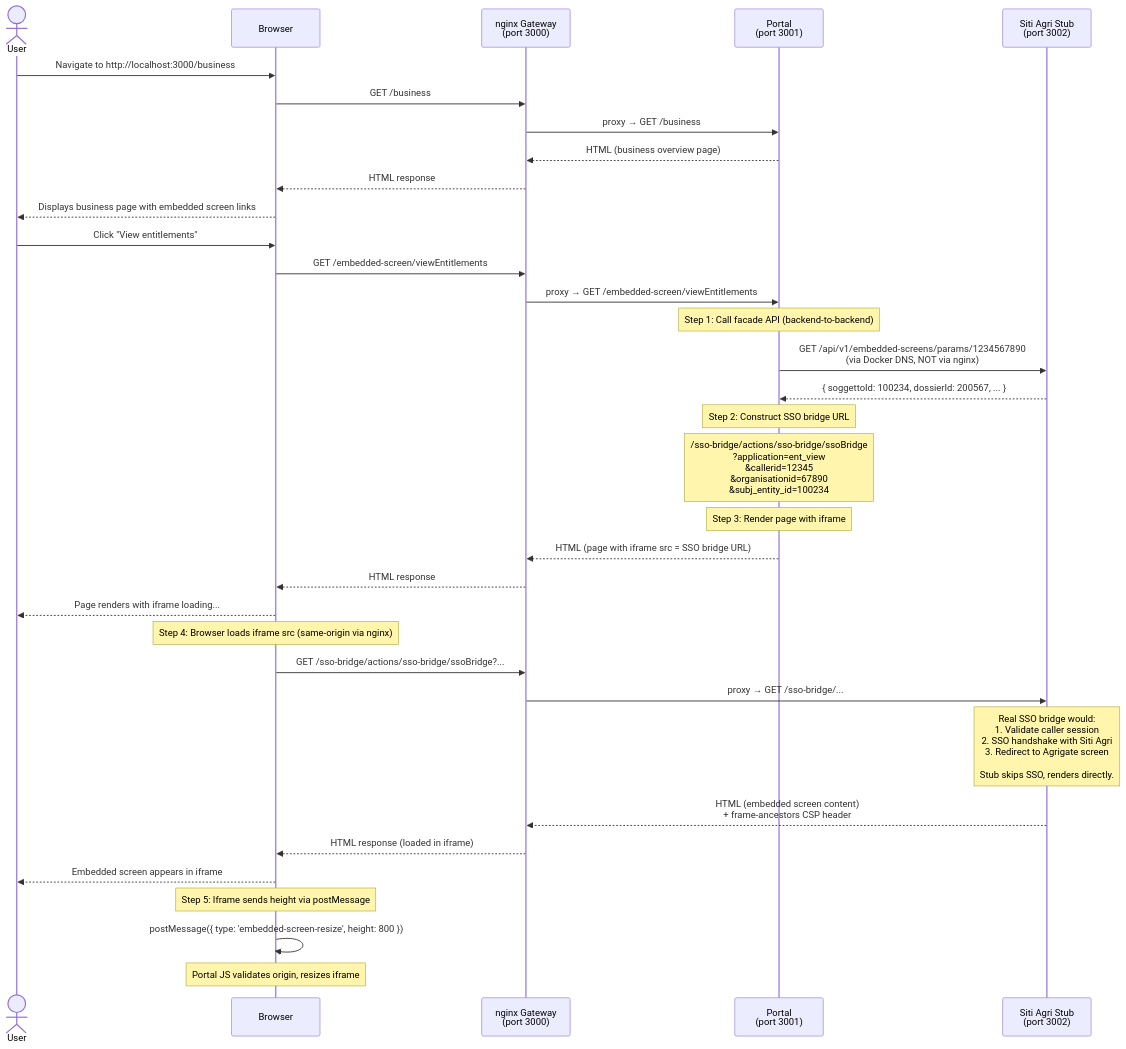
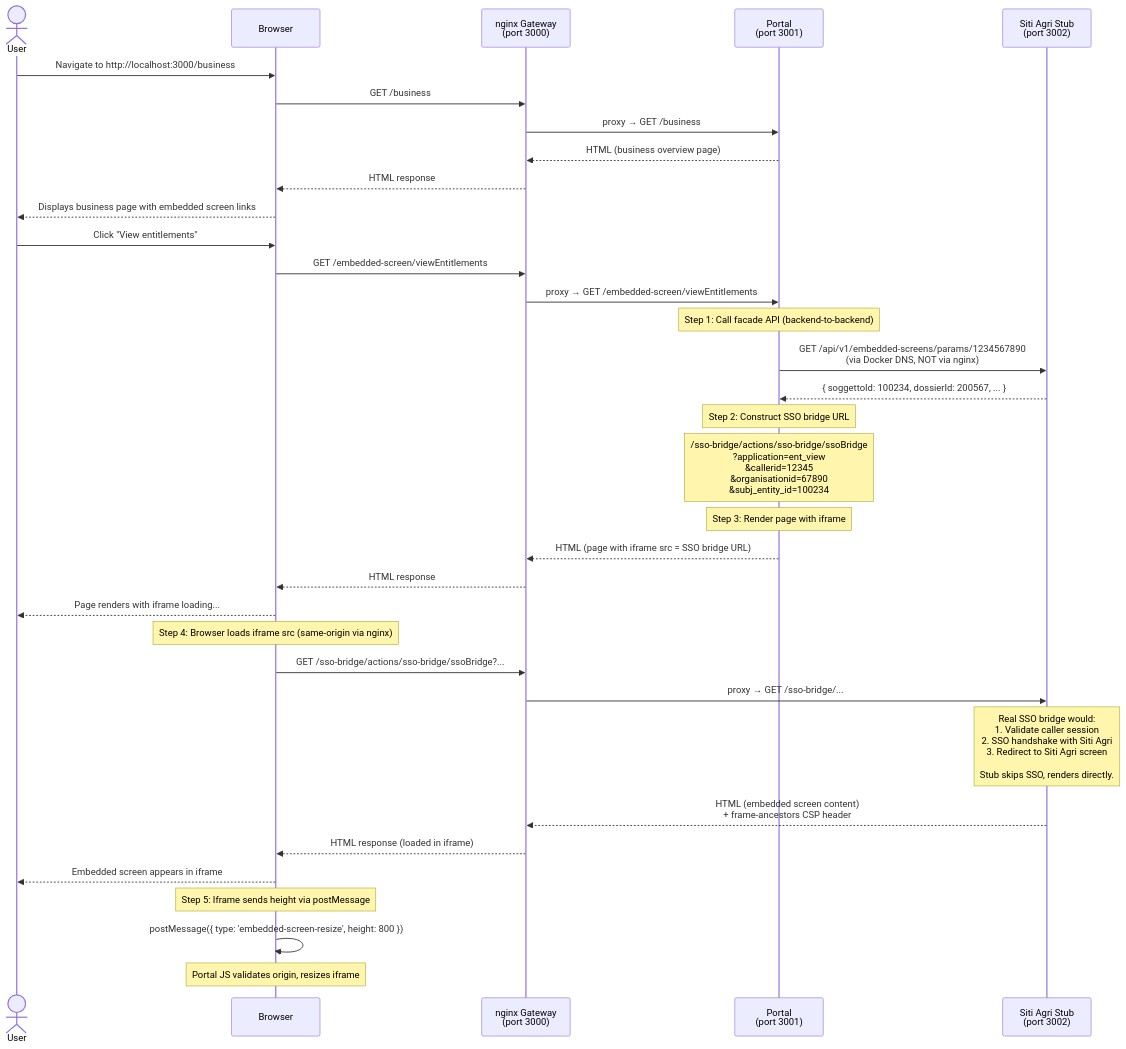
The second of 2 diagrams in README.md (DEFRA/fcp-embedded-screen-example), drawn with Mermaid before and after one commit. The commit also changed other lines of this file and 3 other files, not shown here.

````diff
--- a/README.md
+++ b/README.md
@@ -425,45 +425,45 @@
 ```mermaid
 sequenceDiagram
     actor User
     participant Browser
     participant nginx as nginx Gateway<br/>(port 3000)
     participant Portal as Portal<br/>(port 3001)
     participant Stub as Siti Agri Stub<br/>(port 3002)
 
     User->>Browser: Navigate to http://localhost:3000/business
     Browser->>nginx: GET /business
     nginx->>Portal: proxy → GET /business
     Portal-->>nginx: HTML (business overview page)
     nginx-->>Browser: HTML response
     Browser-->>User: Displays business page with embedded screen links
 
     User->>Browser: Click "View entitlements"
     Browser->>nginx: GET /embedded-screen/viewEntitlements
     nginx->>Portal: proxy → GET /embedded-screen/viewEntitlements
 
     Note over Portal: Step 1: Call facade API (backend-to-backend)
     Portal->>Stub: GET /api/v1/embedded-screens/params/1234567890<br/>(via Docker DNS, NOT via nginx)
     Stub-->>Portal: { soggettoId: 100234, dossierId: 200567, ... }
 
     Note over Portal: Step 2: Construct SSO bridge URL
     Note over Portal: /sso-bridge/actions/sso-bridge/ssoBridge<br/>?application=ent_view<br/>&callerid=12345<br/>&organisationid=67890<br/>&subj_entity_id=100234
 
     Note over Portal: Step 3: Render page with iframe
     Portal-->>nginx: HTML (page with iframe src = SSO bridge URL)
     nginx-->>Browser: HTML response
     Browser-->>User: Page renders with iframe loading...
 
     Note over Browser: Step 4: Browser loads iframe src (same-origin via nginx)
     Browser->>nginx: GET /sso-bridge/actions/sso-bridge/ssoBridge?...
     nginx->>Stub: proxy → GET /sso-bridge/...
 
-    Note over Stub: Real SSO bridge would:<br/>1. Validate caller session<br/>2. SSO handshake with Siti Agri<br/>3. Redirect to Agrigate screen<br/><br/>Stub skips SSO, renders directly.
+    Note over Stub: Real SSO bridge would:<br/>1. Validate caller session<br/>2. SSO handshake with Siti Agri<br/>3. Redirect to Siti Agri screen<br/><br/>Stub skips SSO, renders directly.
 
     Stub-->>nginx: HTML (embedded screen content)<br/>+ frame-ancestors CSP header
     nginx-->>Browser: HTML response (loaded in iframe)
     Browser-->>User: Embedded screen appears in iframe
 
     Note over Browser: Step 5: Iframe sends height via postMessage
     Browser->>Browser: postMessage({ type: 'embedded-screen-resize', height: 800 })
     Note over Browser: Portal JS validates origin, resizes iframe
 ```
````
